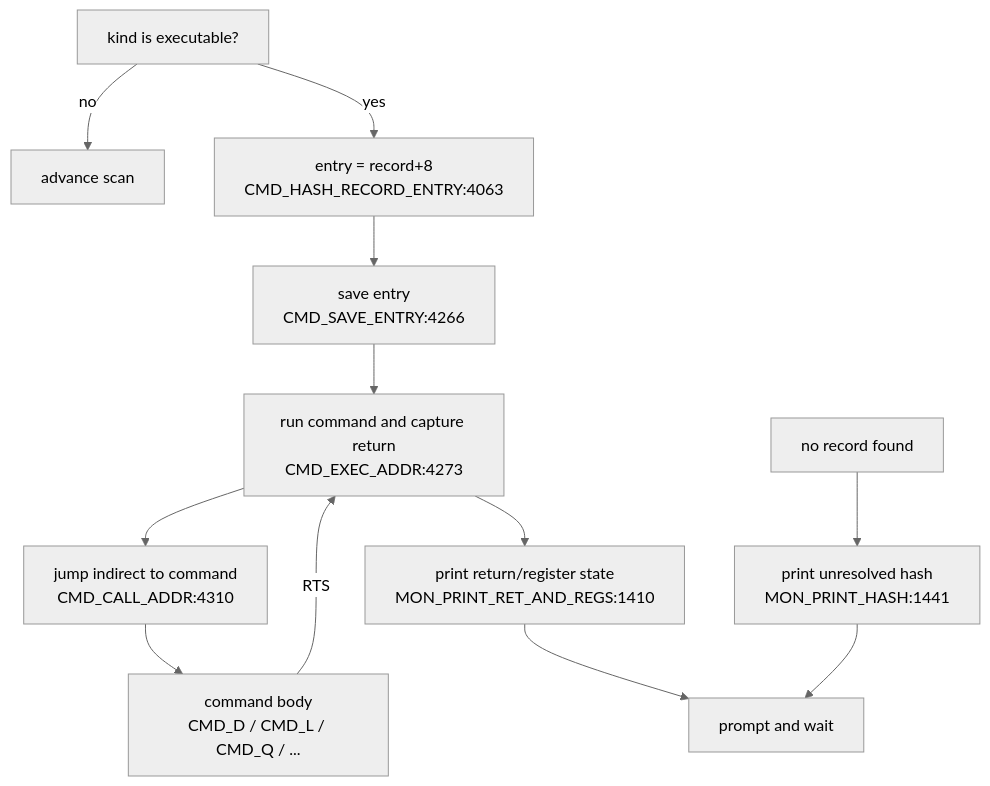
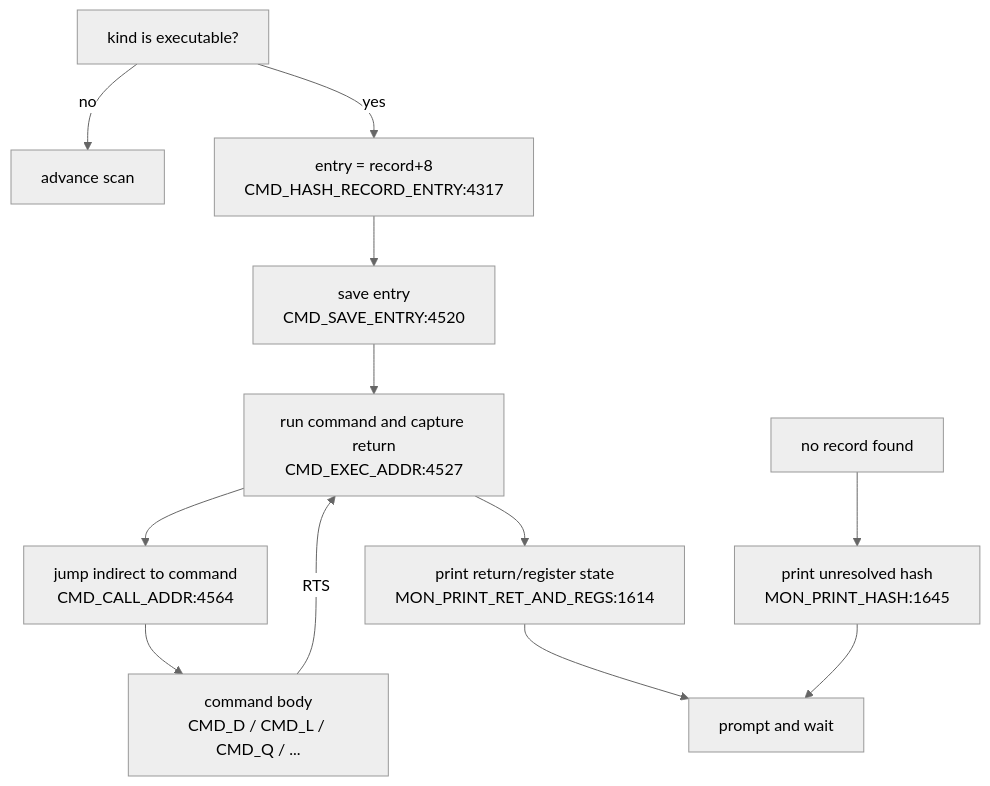
One commit to 95westus/R-YORS changed the fourth of 4 diagrams in DOC/GENERATED/CMD_FLOW_MAP.md. Above: the diagram before and after it, drawn with Mermaid (neutral theme). The commit also changed other lines of this file and 25 other files, not shown here.

````diff
--- a/DOC/GENERATED/CMD_FLOW_MAP.md
+++ b/DOC/GENERATED/CMD_FLOW_MAP.md
@@ -58,14 +58,14 @@
 ```mermaid
 flowchart TD
     EXECOK["kind is executable?"] -->|no| ADV["advance scan"]
-    EXECOK -->|yes| ENTRY["entry = record+8<br/>CMD_HASH_RECORD_ENTRY:4063"]
-    ENTRY --> SAVEENTRY["save entry<br/>CMD_SAVE_ENTRY:4266"]
-    SAVEENTRY --> RUN["run command and capture return<br/>CMD_EXEC_ADDR:4273"]
-    RUN --> CALL["jump indirect to command<br/>CMD_CALL_ADDR:4310"]
+    EXECOK -->|yes| ENTRY["entry = record+8<br/>CMD_HASH_RECORD_ENTRY:4317"]
+    ENTRY --> SAVEENTRY["save entry<br/>CMD_SAVE_ENTRY:4520"]
+    SAVEENTRY --> RUN["run command and capture return<br/>CMD_EXEC_ADDR:4527"]
+    RUN --> CALL["jump indirect to command<br/>CMD_CALL_ADDR:4564"]
     CALL --> BODY["command body<br/>CMD_D / CMD_L / CMD_Q / ..."]
     BODY -->|RTS| RUN
-    RUN --> RETPRINT["print return/register state<br/>MON_PRINT_RET_AND_REGS:1410"]
+    RUN --> RETPRINT["print return/register state<br/>MON_PRINT_RET_AND_REGS:1614"]
     RETPRINT --> LOOP["prompt and wait"]
-    MISS["no record found"] --> PRHASH["print unresolved hash<br/>MON_PRINT_HASH:1441"]
+    MISS["no record found"] --> PRHASH["print unresolved hash<br/>MON_PRINT_HASH:1645"]
     PRHASH --> LOOP
 ```
````
